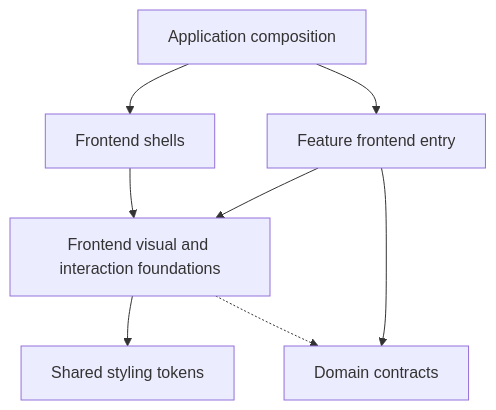
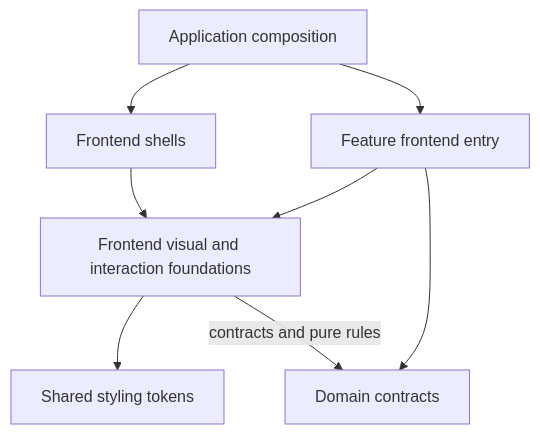
Before and after one commit to hsadoqi/synapcity-v2: the first of 2 diagrams in packages/frontend/README.md, drawn with Mermaid. The commit also changed other lines of this file and 4 other files, not shown here.

Commit message:
docs: update architecture documentation and specifications for Milestone 3.1; clarify frontend-domain contract imports and package responsibilities

````diff
--- a/packages/frontend/README.md
+++ b/packages/frontend/README.md
@@ -45,10 +45,10 @@
 ```mermaid
 flowchart TB
     apps["Application composition"] --> features["Feature frontend entry"]
     apps --> shells["Frontend shells"]
     features --> ui["Frontend visual and interaction foundations"]
     shells --> ui
     ui --> tokens["Shared styling tokens"]
     features --> domain["Domain contracts"]
-    ui -.-> domain
+    ui -->|contracts and pure rules| domain
 ```
````
